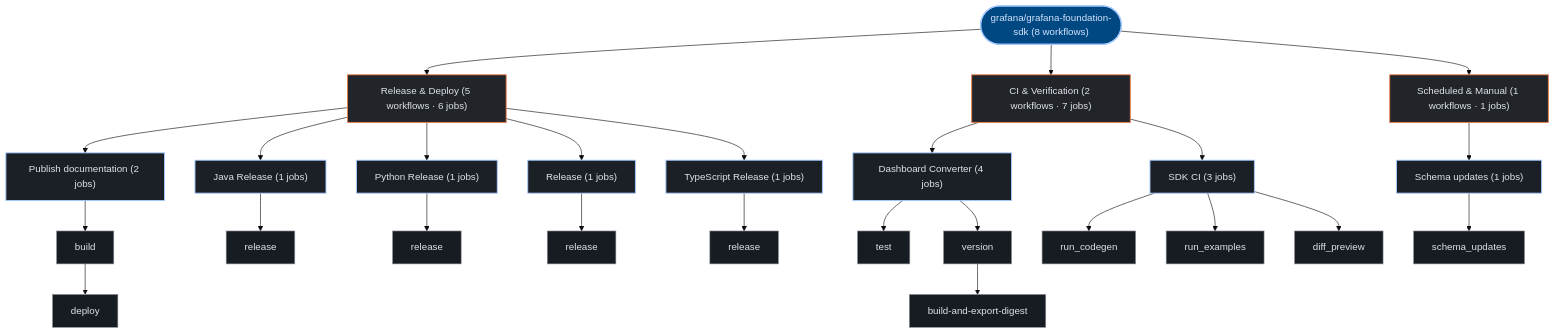
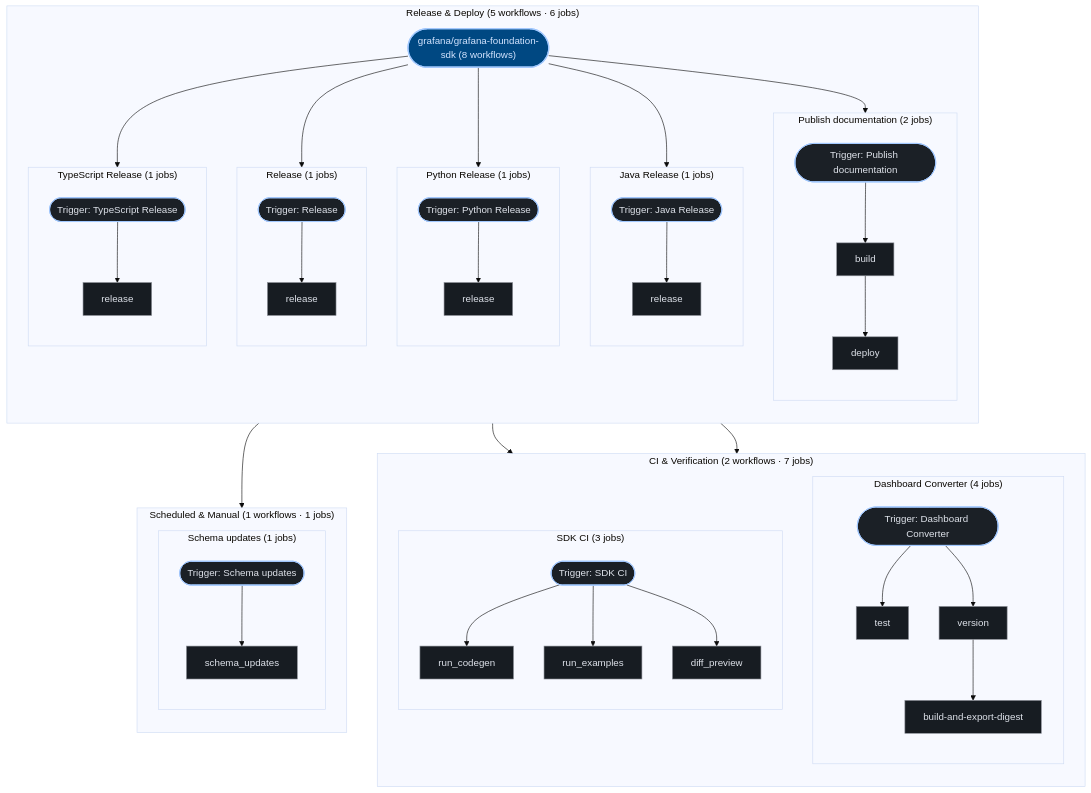
The third of 3 diagrams in exports/latest/reports/grafana-grafana-foundation-sdk-report.md (kumarshaz/atruss-code-atlas), drawn with Mermaid (base theme) before and after one commit. The commit also changed 181 other files, not shown here.

````diff
--- a/exports/latest/reports/grafana-grafana-foundation-sdk-report.md
+++ b/exports/latest/reports/grafana-grafana-foundation-sdk-report.md
@@ -303,52 +303,79 @@
   classDef atlasAlert fill:#93000a,stroke:#ffb4ab,stroke-width:1.5px,color:#ffdad6
   classDef atlasMore fill:#252a31,stroke:#8d9199,stroke-dasharray:4 4,color:#c3c6cf
   pipeline_root(["grafana/grafana-foundation-sdk (8 workflows)"]):::atlasRoot
-  grp_0_Release___Deploy["Release & Deploy (5 workflows · 6 jobs)"]:::atlasCategory
-  pipeline_root --> grp_0_Release___Deploy
-  wf_1_Publish_documentation["Publish documentation (2 jobs)"]:::atlasWorkflow
-  grp_0_Release___Deploy --> wf_1_Publish_documentation
-  job_1_build["build"]:::atlasJob
-  job_1_deploy["deploy"]:::atlasJob
-  wf_1_Publish_documentation --> job_1_build
-  job_1_build --> job_1_deploy
-  wf_2_Java_Release["Java Release (1 jobs)"]:::atlasWorkflow
-  grp_0_Release___Deploy --> wf_2_Java_Release
-  job_2_release["release"]:::atlasJob
-  wf_2_Java_Release --> job_2_release
-  wf_3_Python_Release["Python Release (1 jobs)"]:::atlasWorkflow
-  grp_0_Release___Deploy --> wf_3_Python_Release
-  job_3_release["release"]:::atlasJob
-  wf_3_Python_Release --> job_3_release
-  wf_4_Release["Release (1 jobs)"]:::atlasWorkflow
-  grp_0_Release___Deploy --> wf_4_Release
-  job_4_release["release"]:::atlasJob
-  wf_4_Release --> job_4_release
-  wf_6_TypeScript_Release["TypeScript Release (1 jobs)"]:::atlasWorkflow
-  grp_0_Release___Deploy --> wf_6_TypeScript_Release
-  job_6_release["release"]:::atlasJob
-  wf_6_TypeScript_Release --> job_6_release
-  grp_1_CI___Verification["CI & Verification (2 workflows · 7 jobs)"]:::atlasCategory
-  pipeline_root --> grp_1_CI___Verification
-  wf_0_Dashboard_Converter["Dashboard Converter (4 jobs)"]:::atlasWorkflow
-  grp_1_CI___Verification --> wf_0_Dashboard_Converter
-  job_0_test["test"]:::atlasJob
-  job_0_version["version"]:::atlasJob
-  job_0_build_and_export_digest["build-and-export-digest"]:::atlasJob
-  wf_0_Dashboard_Converter --> job_0_test
-  wf_0_Dashboard_Converter --> job_0_version
-  job_0_version --> job_0_build_and_export_digest
-  wf_5_SDK_CI["SDK CI (3 jobs)"]:::atlasWorkflow
-  grp_1_CI___Verification --> wf_5_SDK_CI
-  job_5_run_codegen["run_codegen"]:::atlasJob
-  job_5_run_examples["run_examples"]:::atlasJob
-  job_5_diff_preview["diff_preview"]:::atlasJob
-  wf_5_SDK_CI --> job_5_run_codegen
-  wf_5_SDK_CI --> job_5_run_examples
-  wf_5_SDK_CI --> job_5_diff_preview
-  grp_2_Scheduled___Manual["Scheduled & Manual (1 workflows · 1 jobs)"]:::atlasCategory
-  pipeline_root --> grp_2_Scheduled___Manual
-  wf_7_Schema_updates["Schema updates (1 jobs)"]:::atlasWorkflow
-  grp_2_Scheduled___Manual --> wf_7_Schema_updates
-  job_7_schema_updates["schema_updates"]:::atlasJob
-  wf_7_Schema_updates --> job_7_schema_updates
+  subgraph sg_grp_0_Release___Deploy["Release & Deploy (5 workflows · 6 jobs)"]
+    direction TB
+    subgraph sg_wf_1_Publish_documentation["Publish documentation (2 jobs)"]
+      direction TB
+      wf_1_Publish_documentation(["Trigger: Publish documentation"]):::atlasWorkflow
+      job_1_build["build"]:::atlasJob
+      job_1_deploy["deploy"]:::atlasJob
+      wf_1_Publish_documentation --> job_1_build
+      job_1_build --> job_1_deploy
+    end
+    pipeline_root --> wf_1_Publish_documentation
+    subgraph sg_wf_2_Java_Release["Java Release (1 jobs)"]
+      direction TB
+      wf_2_Java_Release(["Trigger: Java Release"]):::atlasWorkflow
+      job_2_release["release"]:::atlasJob
+      wf_2_Java_Release --> job_2_release
+    end
+    pipeline_root --> wf_2_Java_Release
+    subgraph sg_wf_3_Python_Release["Python Release (1 jobs)"]
+      direction TB
+      wf_3_Python_Release(["Trigger: Python Release"]):::atlasWorkflow
+      job_3_release["release"]:::atlasJob
+      wf_3_Python_Release --> job_3_release
+    end
+    pipeline_root --> wf_3_Python_Release
+    subgraph sg_wf_4_Release["Release (1 jobs)"]
+      direction TB
+      wf_4_Release(["Trigger: Release"]):::atlasWorkflow
+      job_4_release["release"]:::atlasJob
+      wf_4_Release --> job_4_release
+    end
+    pipeline_root --> wf_4_Release
+    subgraph sg_wf_6_TypeScript_Release["TypeScript Release (1 jobs)"]
+      direction TB
+      wf_6_TypeScript_Release(["Trigger: TypeScript Release"]):::atlasWorkflow
+      job_6_release["release"]:::atlasJob
+      wf_6_TypeScript_Release --> job_6_release
+    end
+    pipeline_root --> wf_6_TypeScript_Release
+  end
+  subgraph sg_grp_1_CI___Verification["CI & Verification (2 workflows · 7 jobs)"]
+    direction TB
+    subgraph sg_wf_0_Dashboard_Converter["Dashboard Converter (4 jobs)"]
+      direction TB
+      wf_0_Dashboard_Converter(["Trigger: Dashboard Converter"]):::atlasWorkflow
+      job_0_test["test"]:::atlasJob
+      job_0_version["version"]:::atlasJob
+      job_0_build_and_export_digest["build-and-export-digest"]:::atlasJob
+      wf_0_Dashboard_Converter --> job_0_test
+      wf_0_Dashboard_Converter --> job_0_version
+      job_0_version --> job_0_build_and_export_digest
+    end
+    pipeline_root --> wf_0_Dashboard_Converter
+    subgraph sg_wf_5_SDK_CI["SDK CI (3 jobs)"]
+      direction TB
+      wf_5_SDK_CI(["Trigger: SDK CI"]):::atlasWorkflow
+      job_5_run_codegen["run_codegen"]:::atlasJob
+      job_5_run_examples["run_examples"]:::atlasJob
+      job_5_diff_preview["diff_preview"]:::atlasJob
+      wf_5_SDK_CI --> job_5_run_codegen
+      wf_5_SDK_CI --> job_5_run_examples
+      wf_5_SDK_CI --> job_5_diff_preview
+    end
+    pipeline_root --> wf_5_SDK_CI
+  end
+  subgraph sg_grp_2_Scheduled___Manual["Scheduled & Manual (1 workflows · 1 jobs)"]
+    direction TB
+    subgraph sg_wf_7_Schema_updates["Schema updates (1 jobs)"]
+      direction TB
+      wf_7_Schema_updates(["Trigger: Schema updates"]):::atlasWorkflow
+      job_7_schema_updates["schema_updates"]:::atlasJob
+      wf_7_Schema_updates --> job_7_schema_updates
+    end
+    pipeline_root --> wf_7_Schema_updates
+  end
 ```
````
